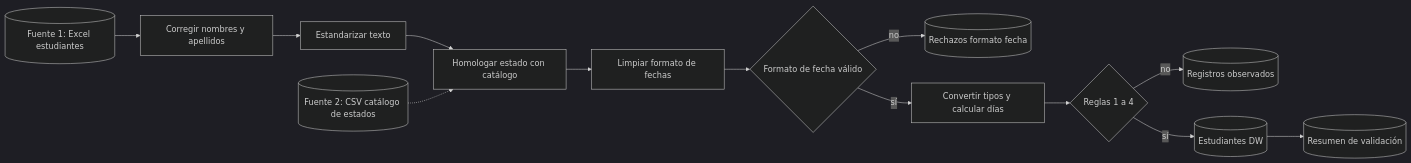
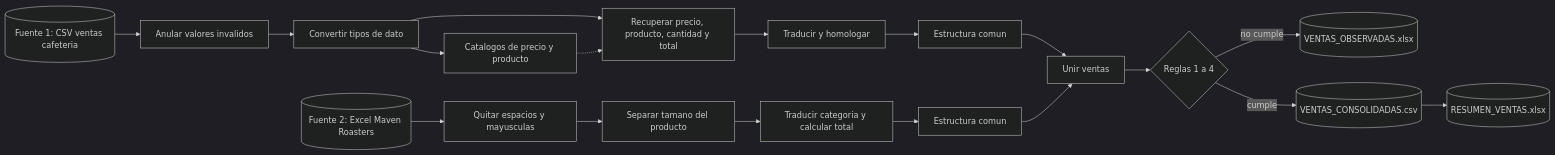
One commit to Squierdan/Business-Intelligence changed the first of 2 diagrams in Practica 1/README.md. Above: the diagram before and after it, drawn with Mermaid (dark theme). The commit also changed other lines of this file and 33 other files, not shown here.

````diff
--- a/Practica 1/README.md
+++ b/Practica 1/README.md
@@ -143,15 +226,20 @@
 ```mermaid
 flowchart LR
-    F1[(Fuente 1: Excel estudiantes)] --> T1[Corregir nombres y apellidos]
-    T1 --> T2[Estandarizar texto]
-    T2 --> T3[Homologar estado con catálogo]
-    F2[(Fuente 2: CSV catálogo de estados)] -.-> T3
-    T3 --> T4[Limpiar formato de fechas]
-    T4 --> V0{Formato de fecha válido}
-    V0 -- no --> RF[(Rechazos formato fecha)]
-    V0 -- sí --> T5[Convertir tipos y calcular días]
-    T5 --> V1{Reglas 1 a 4}
-    V1 -- no --> OB[(Registros observados)]
-    V1 -- sí --> DW[(Estudiantes DW)]
-    DW --> RS[(Resumen de validación)]
+    F1[(Fuente 1: CSV ventas cafeteria)] --> L1[Anular valores invalidos]
+    L1 --> L2[Convertir tipos de dato]
+    L2 --> C1[Catalogos de precio y producto]
+    L2 --> L3[Recuperar precio, producto, cantidad y total]
+    C1 -.-> L3
+    L3 --> L4[Traducir y homologar]
+    L4 --> E1[Estructura comun]
+    F2[(Fuente 2: Excel Maven Roasters)] --> M1[Quitar espacios y mayusculas]
+    M1 --> M2[Separar tamano del producto]
+    M2 --> M3[Traducir categoria y calcular total]
+    M3 --> E2[Estructura comun]
+    E1 --> U[Unir ventas]
+    E2 --> U
+    U --> V{Reglas 1 a 4}
+    V -- no cumple --> OB[(VENTAS_OBSERVADAS.xlsx)]
+    V -- cumple --> DW[(VENTAS_CONSOLIDADAS.csv)]
+    DW --> RS[(RESUMEN_VENTAS.xlsx)]
 ```
````
